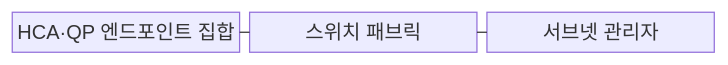
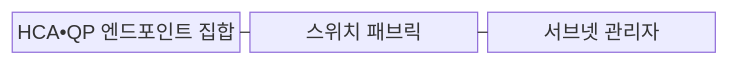
The first of 2 diagrams in src/content/docs/notes/02-hardware/048_infiniband.md (agnusdei1207/knowledge-base), drawn with Mermaid before and after one commit. The commit also changed other lines of this file and 953 other files, not shown here.

````diff
--- a/src/content/docs/notes/02-hardware/048_infiniband.md
+++ b/src/content/docs/notes/02-hardware/048_infiniband.md
@@ -70,9 +70,9 @@
 ```mermaid
 block
     columns 3
-    E["HCA·QP 엔드포인트 집합"]
+    E["HCA•QP 엔드포인트 집합"]
     F["스위치 패브릭"]
     S["서브넷 관리자"]
     E --- F
     F --- S
 ```
````
